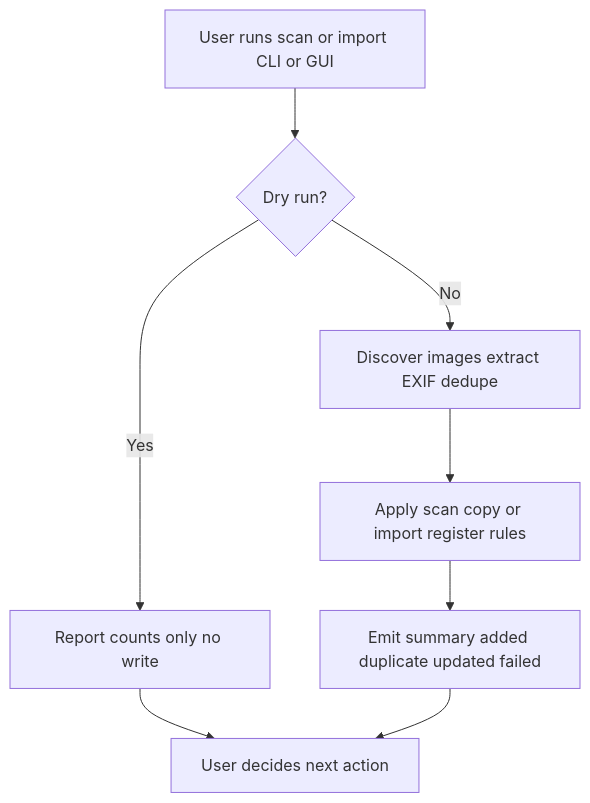
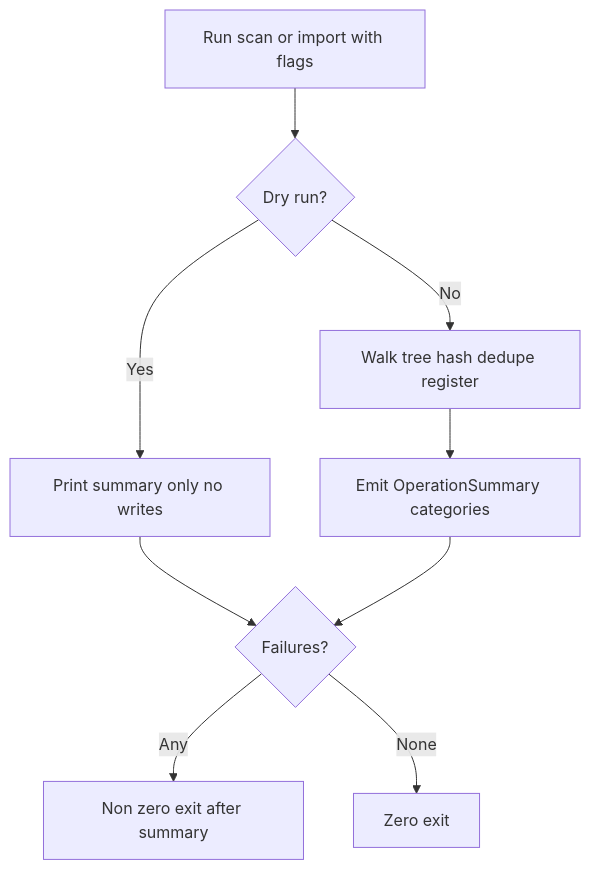
One commit to sergej-brazdeikis/photo-tool changed the fourth of 6 diagrams in _bmad-output/planning-artifacts/ux-design-specification.md. Above: the diagram before and after it, drawn with Mermaid. The commit also changed other lines of this file and 82 other files, not shown here.

````diff
--- a/_bmad-output/planning-artifacts/ux-design-specification.md
+++ b/_bmad-output/planning-artifacts/ux-design-specification.md
@@ -507,10 +563,11 @@
 ```mermaid
 flowchart TD
-  A[User runs scan or import CLI or GUI] --> B{Dry run?}
-  B -->|Yes| C[Report counts only no write]
-  B -->|No| D[Discover images extract EXIF dedupe]
-  D --> E[Apply scan copy or import register rules]
-  E --> F[Emit summary added duplicate updated failed]
-  C --> G[User decides next action]
-  F --> G
+  D1[Run scan or import with flags] --> D2{Dry run?}
+  D2 -->|Yes| D3[Print summary only no writes]
+  D2 -->|No| D4[Walk tree hash dedupe register]
+  D4 --> D5[Emit OperationSummary categories]
+  D3 --> D6{Failures?}
+  D5 --> D6
+  D6 -->|Any| D7[Non zero exit after summary]
+  D6 -->|None| D8[Zero exit]
 ```
````
